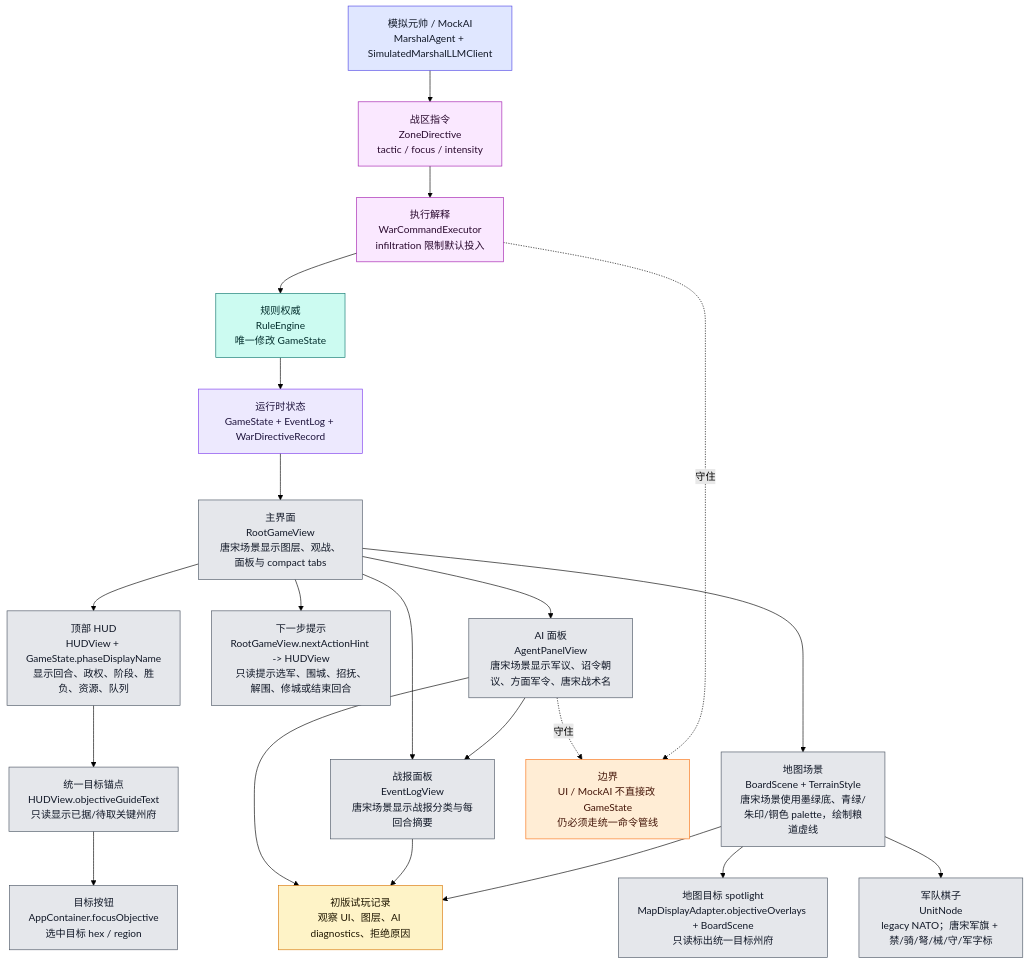
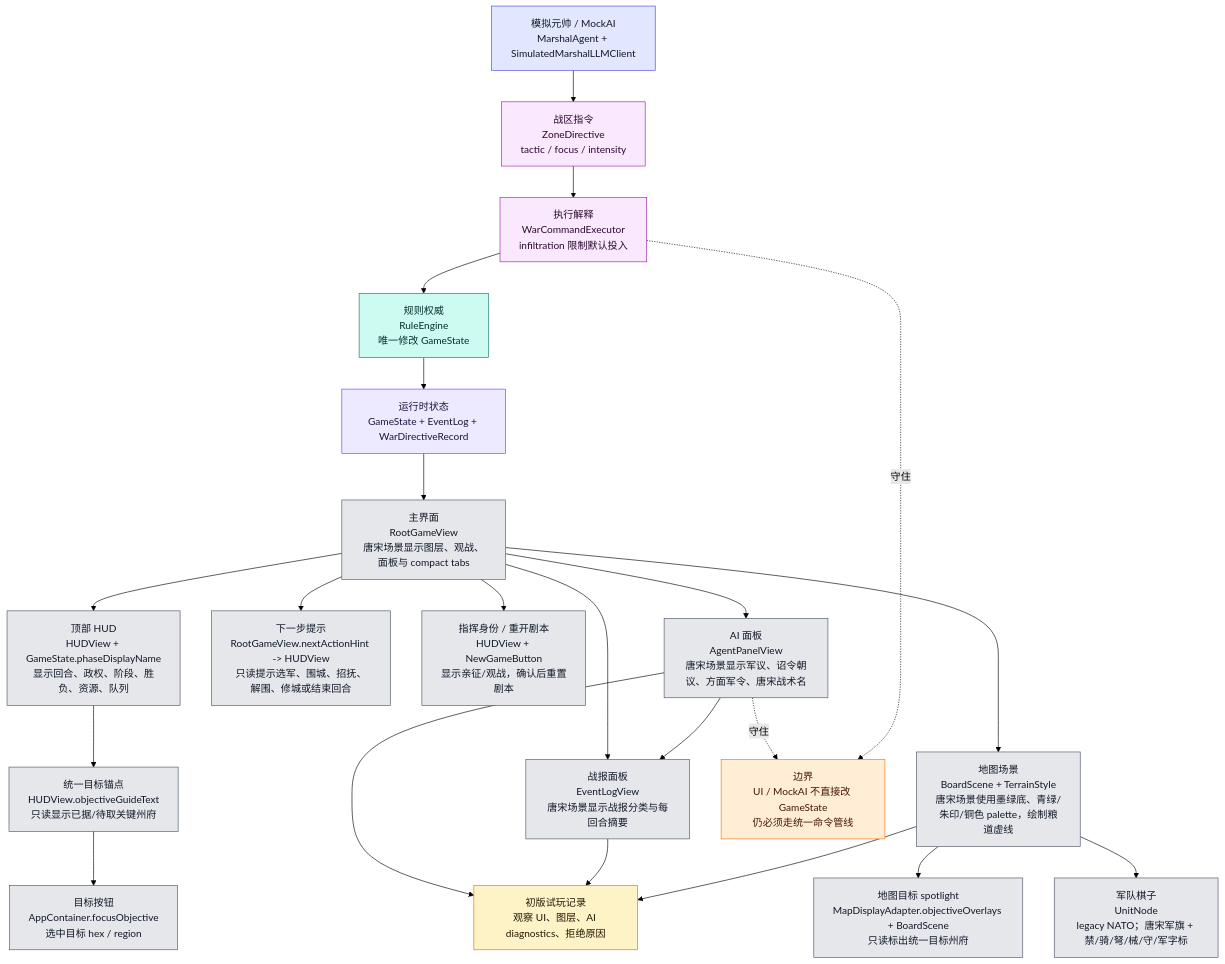
Before and after one commit to Altman-sam114/125: the tenth of 12 diagrams in md/flow/flowchart.md, drawn with Mermaid (forest theme). The commit also changed other lines of this file and 9 other files, not shown here.

````diff
--- a/md/flow/flowchart.md
+++ b/md/flow/flowchart.md
@@ -544,46 +547,48 @@
 ```mermaid
 flowchart TD
     STATE["运行时状态<br/>GameState + EventLog + WarDirectiveRecord"]:::state
     ROOT["主界面<br/>RootGameView<br/>唐宋场景显示图层、观战、面板与 compact tabs"]:::ui
     HUD["顶部 HUD<br/>HUDView + GameState.phaseDisplayName<br/>显示回合、政权、阶段、胜负、资源、队列"]:::ui
     GOAL["统一目标锚点<br/>HUDView.objectiveGuideText<br/>只读显示已据/待取关键州府"]:::ui
     FOCUS["目标按钮<br/>AppContainer.focusObjective<br/>选中目标 hex / region"]:::ui
     SPOTLIGHT["地图目标 spotlight<br/>MapDisplayAdapter.objectiveOverlays + BoardScene<br/>只读标出统一目标州府"]:::ui
     HINT["下一步提示<br/>RootGameView.nextActionHint -> HUDView<br/>只读提示选军、围城、招抚、解围、修城或结束回合"]:::ui
+    SESSIONHUD["指挥身份 / 重开剧本<br/>HUDView + NewGameButton<br/>显示亲征/观战，确认后重置剧本"]:::ui
     LOG["战报面板<br/>EventLogView<br/>唐宋场景显示战报分类与每回合摘要"]:::ui
     AIUI["AI 面板<br/>AgentPanelView<br/>唐宋场景显示军议、诏令朝议、方面军令、唐宋战术名"]:::ui
     BOARD["地图场景<br/>BoardScene + TerrainStyle<br/>唐宋场景使用墨绿底、青绿/朱印/铜色 palette，绘制粮道虚线"]:::ui
     UNIT["军队棋子<br/>UnitNode<br/>legacy NATO；唐宋军旗 + 禁/骑/弩/械/守/军字标"]:::ui
     MARSHAL["模拟元帅 / MockAI<br/>MarshalAgent + SimulatedMarshalLLMClient"]:::ai
     ZD["战区指令<br/>ZoneDirective<br/>tactic / focus / intensity"]:::command
     WCE["执行解释<br/>WarCommandExecutor<br/>infiltration 限制默认投入"]:::command
     RULE["规则权威<br/>RuleEngine<br/>唯一修改 GameState"]:::rules
     PLAYTEST["初版试玩记录<br/>观察 UI、图层、AI diagnostics、拒绝原因"]:::doc
 
     STATE --> ROOT
     ROOT --> HUD
     HUD --> GOAL --> FOCUS
     BOARD --> SPOTLIGHT
     ROOT --> HINT
+    ROOT --> SESSIONHUD
     ROOT --> LOG
     ROOT --> AIUI
     AIUI --> LOG
     ROOT --> BOARD
     BOARD --> UNIT
     MARSHAL --> ZD --> WCE --> RULE --> STATE
     AIUI --> PLAYTEST
     LOG --> PLAYTEST
     BOARD --> PLAYTEST
 
     WARN["边界<br/>UI / MockAI 不直接改 GameState<br/>仍必须走统一命令管线"]:::warn
     AIUI -.守住.-> WARN
     WCE -.守住.-> WARN
 
     classDef state fill:#ede9fe,stroke:#7c3aed,color:#1f143d
     classDef ui fill:#e5e7eb,stroke:#4b5563,color:#111827
     classDef ai fill:#e0e7ff,stroke:#4f46e5,color:#111827
     classDef command fill:#fae8ff,stroke:#a21caf,color:#2a0a2f
     classDef rules fill:#ccfbf1,stroke:#0f766e,color:#042f2e
     classDef doc fill:#fef3c7,stroke:#d97706,color:#1f1600
     classDef warn fill:#ffedd5,stroke:#f97316,color:#431407
 ```
````
